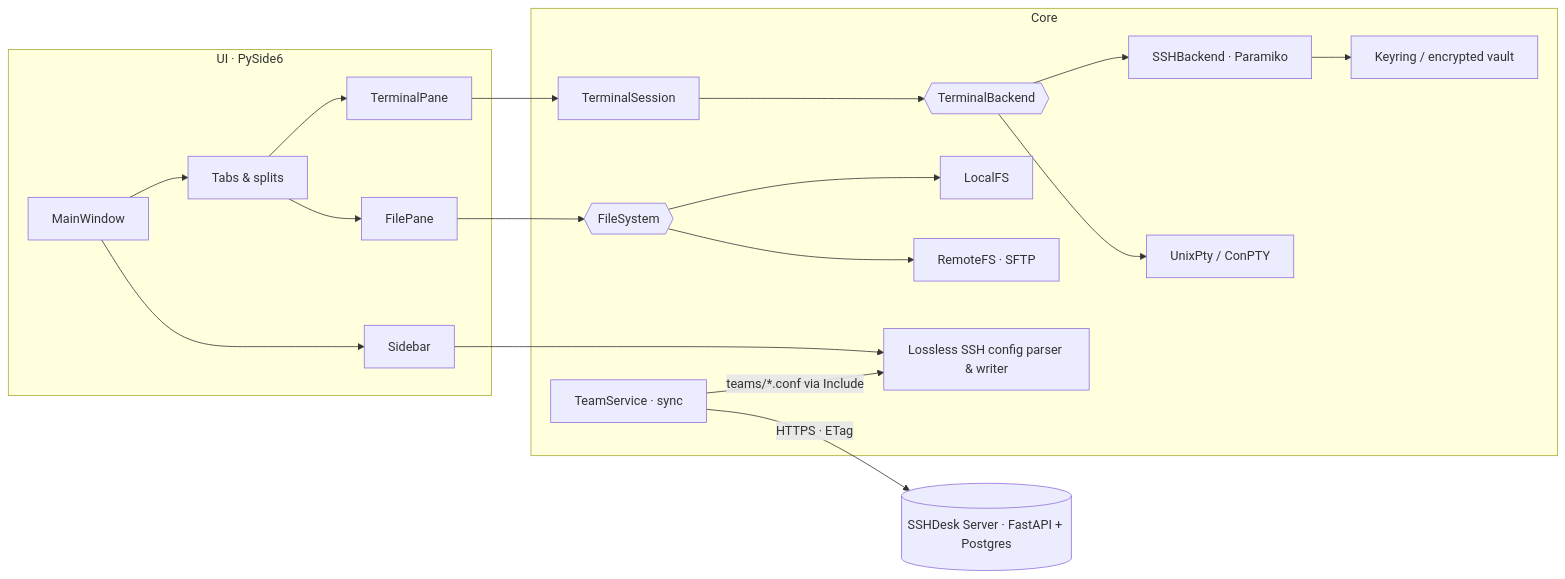
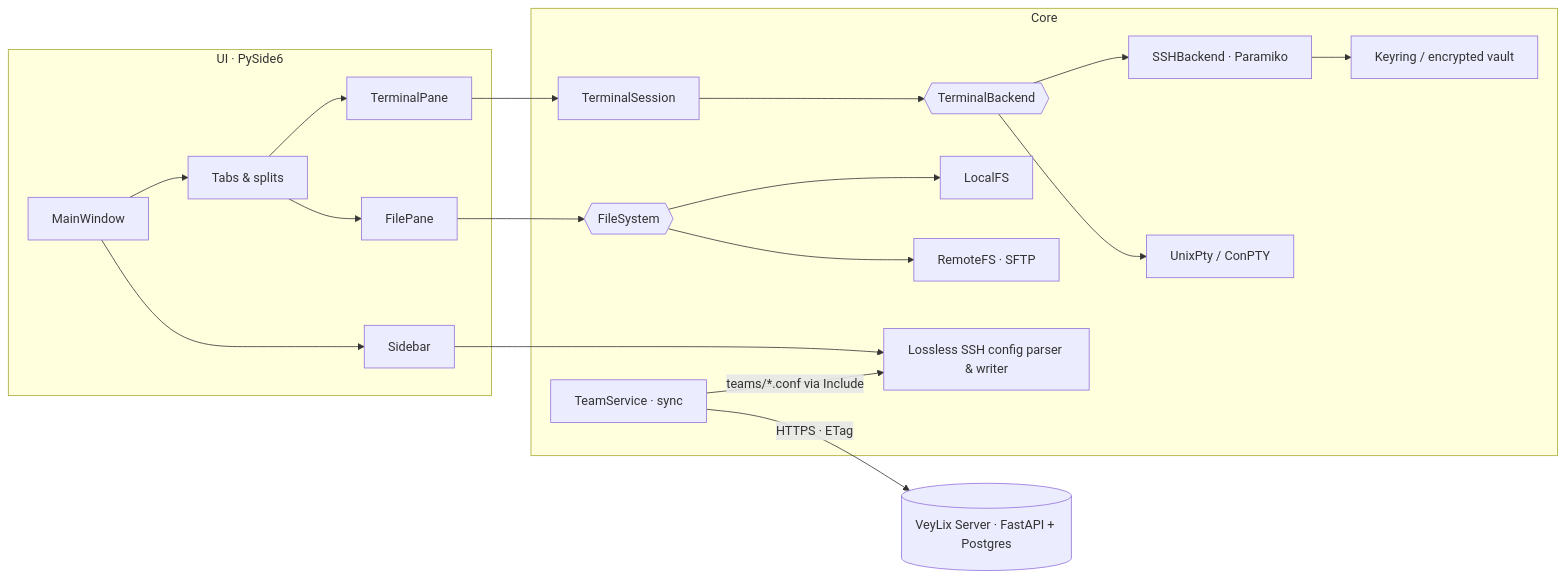
One commit to LucasCA-Git/sshdesk changed the diagram in README.md. Above: the diagram before and after it, drawn with Mermaid. The commit also changed other lines of this file and 63 other files, not shown here.

First line of the commit message:
feat!: rename the app to VeyLix

````diff
--- a/README.md
+++ b/README.md
@@ -193,25 +196,25 @@
 ```mermaid
 flowchart LR
     subgraph UI["UI · PySide6"]
         MW[MainWindow] --> SB[Sidebar]
         MW --> TT[Tabs & splits]
         TT --> TP[TerminalPane]
         TT --> FP[FilePane]
     end
     subgraph Core
         TS[TerminalSession] --> BE{{TerminalBackend}}
         BE --> SSH[SSHBackend · Paramiko]
         BE --> PTY[UnixPty / ConPTY]
         FS{{FileSystem}} --> LFS[LocalFS]
         FS --> RFS[RemoteFS · SFTP]
         CFG[Lossless SSH config parser & writer]
         CRED[Keyring / encrypted vault]
         TEAM[TeamService · sync]
     end
     TP --> TS
     FP --> FS
     SB --> CFG
     SSH --> CRED
-    TEAM -- "HTTPS · ETag" --> SRV[(SSHDesk Server · FastAPI + Postgres)]
+    TEAM -- "HTTPS · ETag" --> SRV[(VeyLix Server · FastAPI + Postgres)]
     TEAM -- "teams/*.conf via Include" --> CFG
 ```
````
